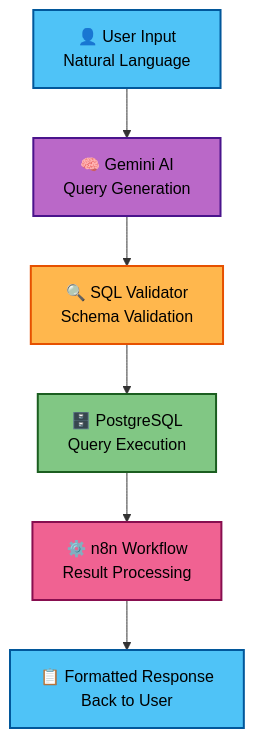
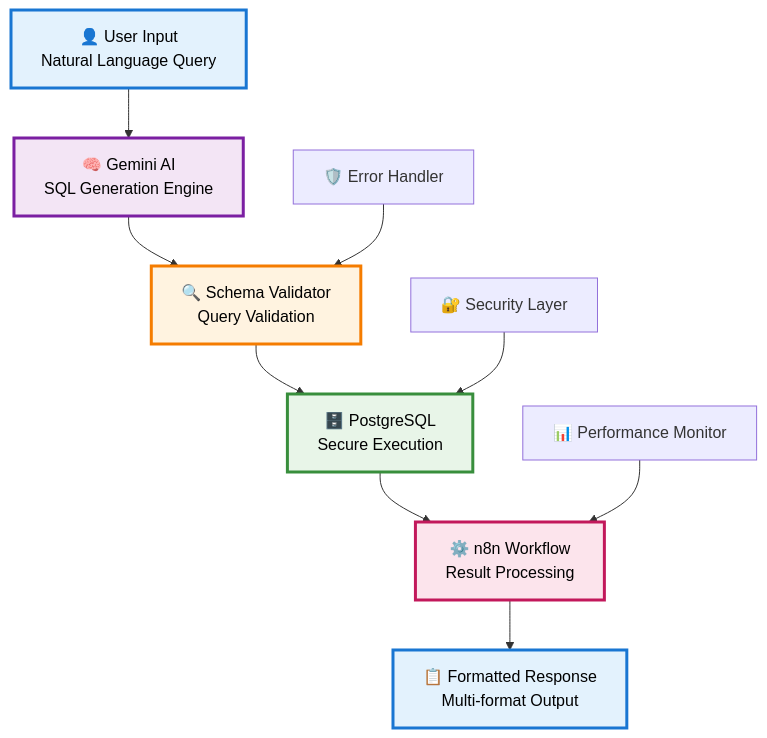
Before and after one commit to KushagraSaxena19/SQL-Agent-Project: the diagram in README.md, drawn with Mermaid. The commit also changed other lines of this file, not shown here.

````diff
--- a/README.md
+++ b/README.md
@@ -34,15 +52,19 @@
 ```mermaid
 graph TD
-    A[👤 User Input<br/>Natural Language] --> B[🧠 Gemini AI<br/>Query Generation]
-    B --> C[🔍 SQL Validator<br/>Schema Validation]
-    C --> D[🗄️ PostgreSQL<br/>Query Execution]
+    A[👤 User Input<br/>Natural Language Query] --> B[🧠 Gemini AI<br/>SQL Generation Engine]
+    B --> C[🔍 Schema Validator<br/>Query Validation]
+    C --> D[🗄️ PostgreSQL<br/>Secure Execution]
     D --> E[⚙️ n8n Workflow<br/>Result Processing]
-    E --> F[📋 Formatted Response<br/>Back to User]
+    E --> F[📋 Formatted Response<br/>Multi-format Output]
     
-    style A fill:#4fc3f7,stroke:#01579b,stroke-width:2px,color:#000
-    style B fill:#ba68c8,stroke:#4a148c,stroke-width:2px,color:#000
-    style C fill:#ffb74d,stroke:#e65100,stroke-width:2px,color:#000
-    style D fill:#81c784,stroke:#1b5e20,stroke-width:2px,color:#000
-    style E fill:#f06292,stroke:#880e4f,stroke-width:2px,color:#000
-    style F fill:#4fc3f7,stroke:#01579b,stroke-width:2px,color:#000
+    G[🛡️ Error Handler] --> C
+    H[📊 Performance Monitor] --> E
+    I[🔐 Security Layer] --> D
+    
+    style A fill:#e3f2fd,stroke:#1976d2,stroke-width:3px,color:#000
+    style B fill:#f3e5f5,stroke:#7b1fa2,stroke-width:3px,color:#000
+    style C fill:#fff3e0,stroke:#f57c00,stroke-width:3px,color:#000
+    style D fill:#e8f5e8,stroke:#388e3c,stroke-width:3px,color:#000
+    style E fill:#fce4ec,stroke:#c2185b,stroke-width:3px,color:#000
+    style F fill:#e3f2fd,stroke:#1976d2,stroke-width:3px,color:#000
 ```
````
